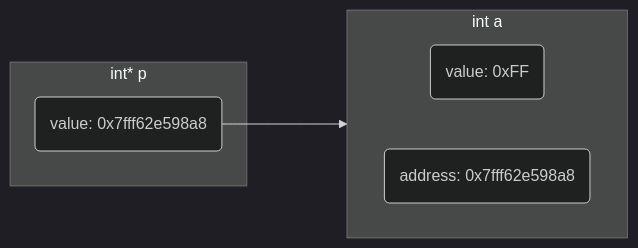
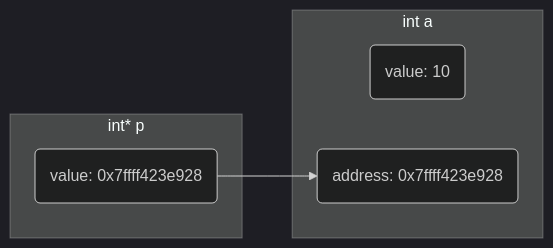
Before and after one commit to dmjcb/dmjcb.github.io: the fourth of 10 diagrams in _posts/c_c++/pointer/2022-01-08-pointer.md, drawn with Mermaid (dark theme). The commit also changed other lines of this file and 22 other files, not shown here.

````diff
--- a/_posts/c_c++/pointer/2022-01-08-pointer.md
+++ b/_posts/c_c++/pointer/2022-01-08-pointer.md
@@ -184,13 +151,12 @@
 ```mermaid
 graph LR;
-    subgraph S1[int a]
-        direction LR
-        V2(value: 0xFF)
-        A2(address: 0x7fff62e598a8)
+    subgraph a[int a]
+        V2(value: 10)
+        A2(address: 0x7ffff423e928)
     end
-    subgraph S2[int* p]
-        V1(value: 0x7fff62e598a8)
+    subgraph p[int* p]
+        V1(value: 0x7ffff423e928)
     end
-    V1--->A2
+    V1-->A2
 
 ```
````
